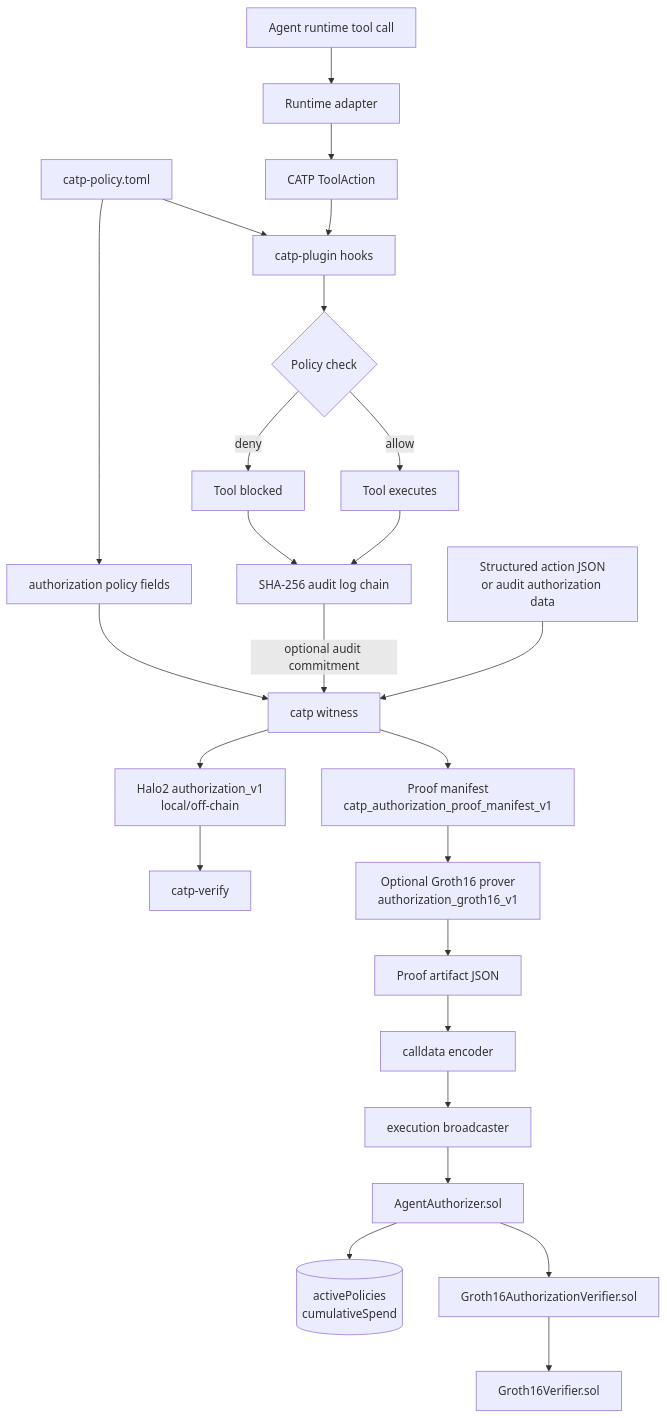
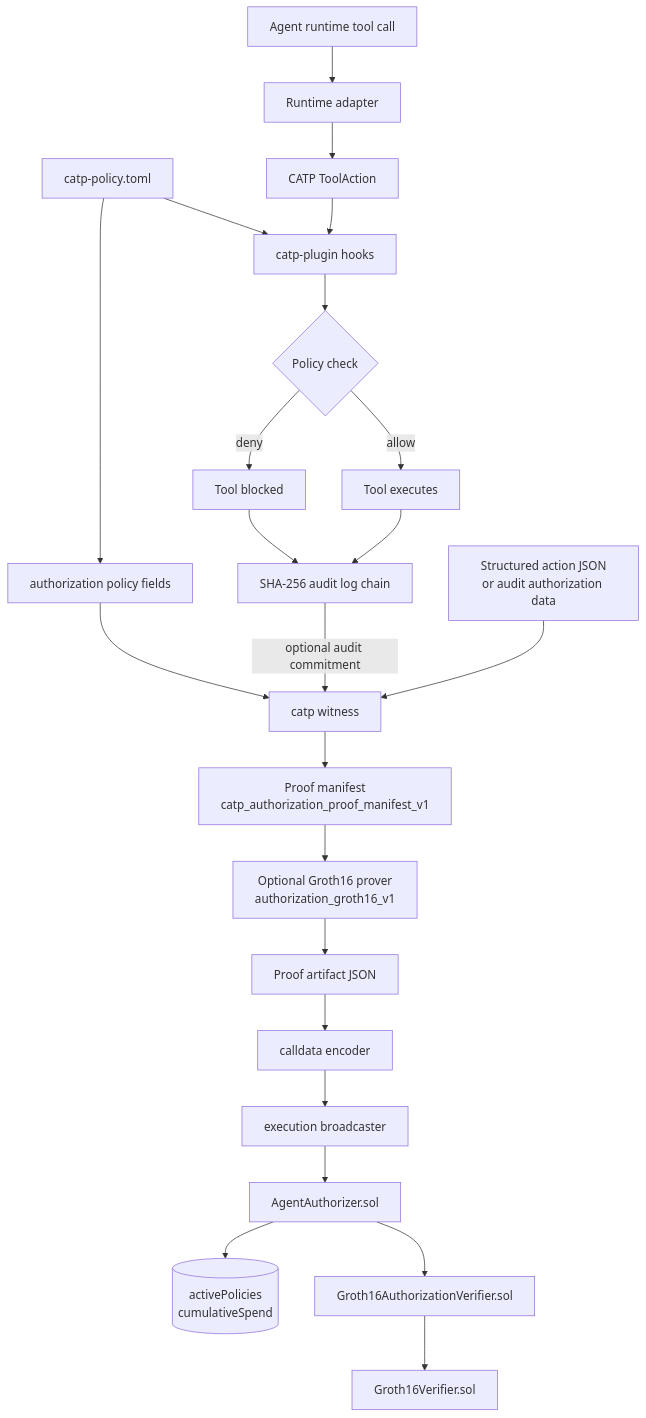
Before and after one commit to lfzkoala/catp: the first of 2 diagrams in ARCHITECTURE.md, drawn with Mermaid. The commit also changed other lines of this file and 36 other files, not shown here.

````diff
--- a/ARCHITECTURE.md
+++ b/ARCHITECTURE.md
@@ -93,32 +86,30 @@
 ```mermaid
 flowchart TD
   Policy[catp-policy.toml] --> Hook[catp-plugin hooks]
   Agent[Agent runtime tool call] --> Adapter[Runtime adapter]
   Adapter --> ToolAction[CATP ToolAction]
   ToolAction --> Hook
 
   Hook --> Decision{Policy check}
   Decision -->|allow| ExecuteLocal[Tool executes]
   Decision -->|deny| BlockLocal[Tool blocked]
   ExecuteLocal --> Audit[SHA-256 audit log chain]
   BlockLocal --> Audit
 
   Policy --> AuthPolicy[authorization policy fields]
   ActionInput[Structured action JSON<br/>or audit authorization data] --> Witness[catp witness]
   Audit -->|optional audit commitment| Witness
   AuthPolicy --> Witness
 
   Witness --> Manifest[Proof manifest<br/>catp_authorization_proof_manifest_v1]
   Manifest --> Groth16Prover[Optional Groth16 prover<br/>authorization_groth16_v1]
   Groth16Prover --> ProofArtifact[Proof artifact JSON]
   ProofArtifact --> Encoder[calldata encoder]
   Encoder --> Broadcaster[execution broadcaster]
 
   Broadcaster --> AgentAuthorizer[AgentAuthorizer.sol]
   AgentAuthorizer --> Wrapper[Groth16AuthorizationVerifier.sol]
   Wrapper --> Verifier[Groth16Verifier.sol]
   AgentAuthorizer --> State[(activePolicies<br/>cumulativeSpend)]
 
-  Witness --> Halo2Path[Halo2 authorization_v1<br/>local/off-chain]
-  Halo2Path --> VerifyService[catp-verify]
 ```
````
